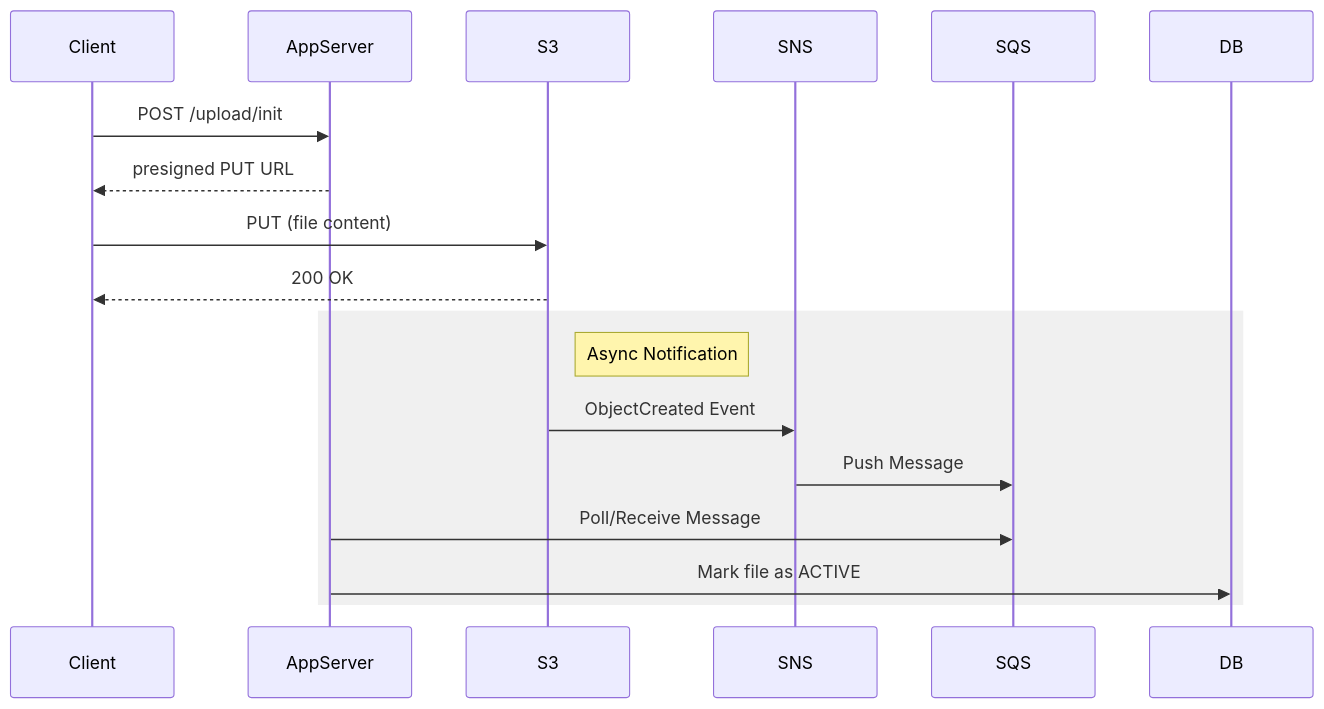
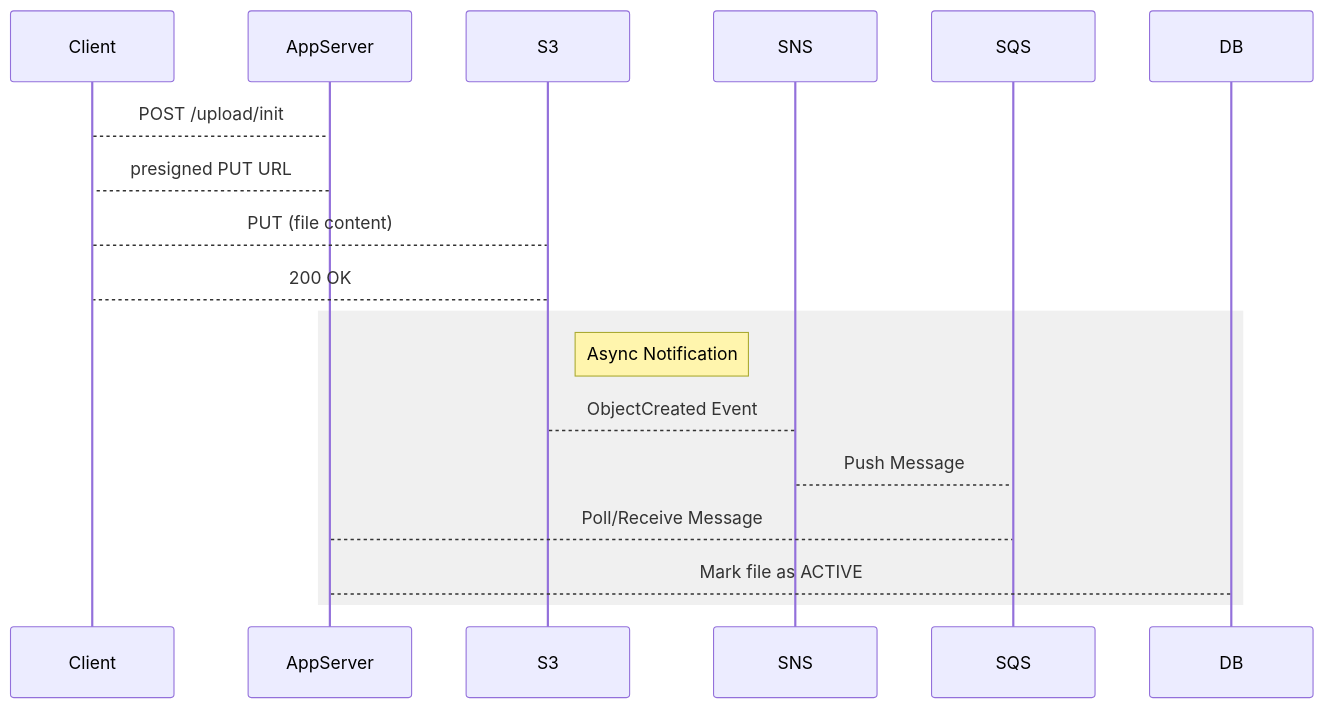
One commit to ShalomDeitch1/examples changed the fourth of 10 diagrams in dropbox/README.md. Above: the diagram before and after it, drawn with Mermaid. The commit also changed other lines of this file, not shown here.

````diff
--- a/dropbox/README.md
+++ b/dropbox/README.md
@@ -73,22 +73,22 @@
 ```mermaid
 sequenceDiagram
   participant Client
   participant AppServer
   participant S3
   participant SNS
   participant SQS
   participant DB
 
-  Client->>AppServer: POST /upload/init
-  AppServer-->>Client: presigned PUT URL
-  Client->>S3: PUT (file content)
-  S3-->>Client: 200 OK
+  Client-->AppServer: POST /upload/init
+  AppServer-->Client: presigned PUT URL
+  Client-->S3: PUT (file content)
+  S3-->Client: 200 OK
   
   rect rgb(240, 240, 240)
   note right of S3: Async Notification
-  S3->>SNS: ObjectCreated Event
-  SNS->>SQS: Push Message
-  AppServer->>SQS: Poll/Receive Message
-  AppServer->>DB: Mark file as ACTIVE
+  S3-->SNS: ObjectCreated Event
+  SNS-->SQS: Push Message
+  AppServer-->SQS: Poll/Receive Message
+  AppServer-->DB: Mark file as ACTIVE
   end
 ```
````
